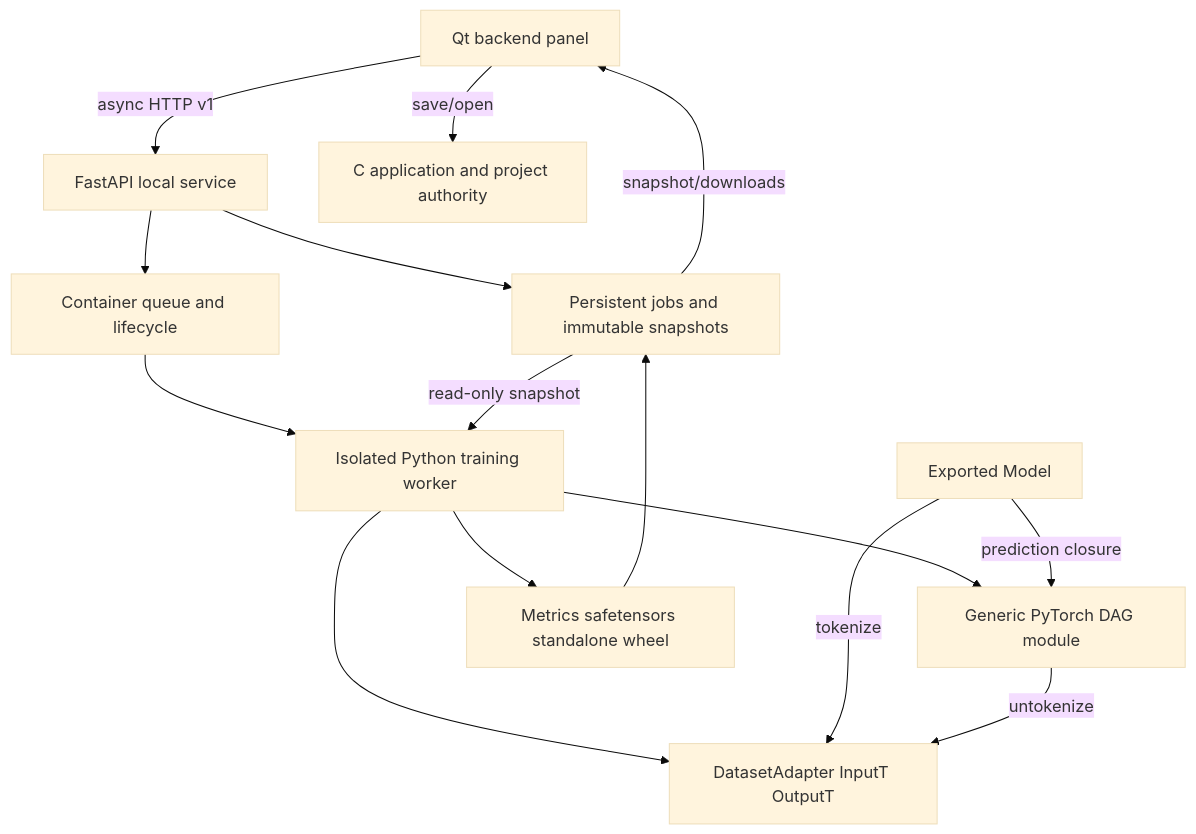
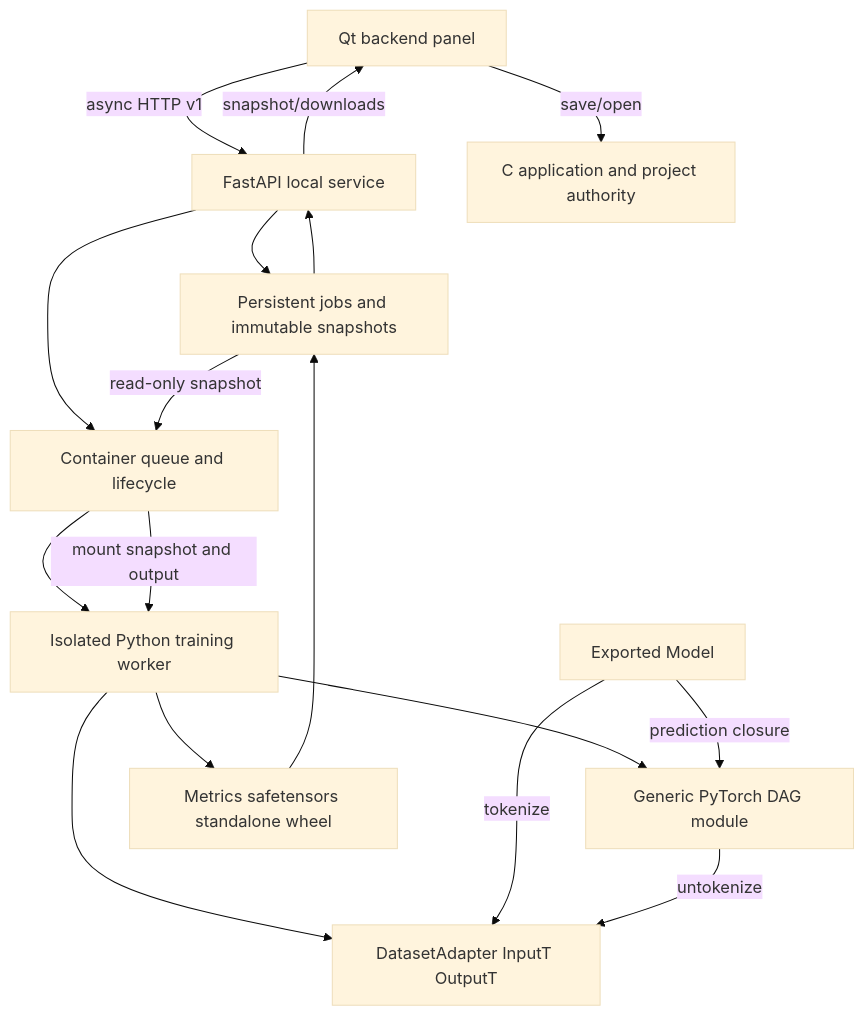
The diagram in docs/knowledge/uml/backend.md (LucaSforza/nnmodelling-ui), drawn with Mermaid (base theme) before and after one commit. The commit also changed other lines of this file and 104 other files, not shown here.

````diff
--- a/docs/knowledge/uml/backend.md
+++ b/docs/knowledge/uml/backend.md
@@ -5,17 +7,19 @@
 ```mermaid
-flowchart TD
-  UI[Qt backend panel] -->|async HTTP v1| API[FastAPI local service]
-  UI -->|save/open| C[C application and project authority]
-  API --> Store[Persistent jobs and immutable snapshots]
-  API --> Runner[Container queue and lifecycle]
-  Runner --> Worker[Isolated Python training worker]
-  Store -->|read-only snapshot| Worker
-  Worker --> Graph[Generic PyTorch DAG module]
-  Worker --> Adapter[DatasetAdapter InputT OutputT]
-  Worker --> Artifacts[Metrics safetensors standalone wheel]
-  Artifacts --> Store
-  Store -->|snapshot/downloads| UI
-  Wheel[Exported Model] -->|tokenize| Adapter
-  Wheel -->|prediction closure| Graph
-  Graph -->|untokenize| Adapter
+  flowchart TD
+    UI[Qt backend panel] -->|async HTTP v1| API[FastAPI local service]
+    UI -->|save/open| C[C application and project authority]
+    API --> Store[Persistent jobs and immutable snapshots]
+    API --> Runner[Container queue and lifecycle]
+    Runner --> Worker[Isolated Python training worker]
+    Store -->|read-only snapshot| Runner
+    Runner -->|mount snapshot and output| Worker
+    Worker --> Graph[Generic PyTorch DAG module]
+    Worker --> Adapter[DatasetAdapter InputT OutputT]
+    Worker --> Artifacts[Metrics safetensors standalone wheel]
+    Artifacts --> Store
+    Store --> API
+    API -->|snapshot/downloads| UI
+    Wheel[Exported Model] -->|tokenize| Adapter
+    Wheel -->|prediction closure| Graph
+    Graph -->|untokenize| Adapter
 ```
````
